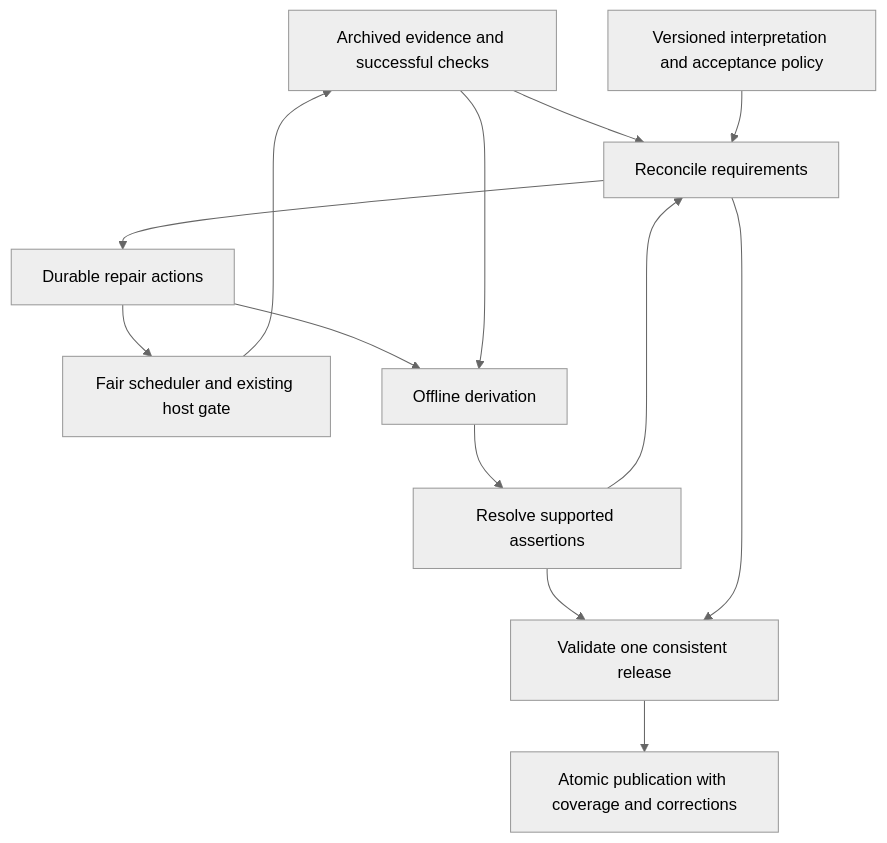
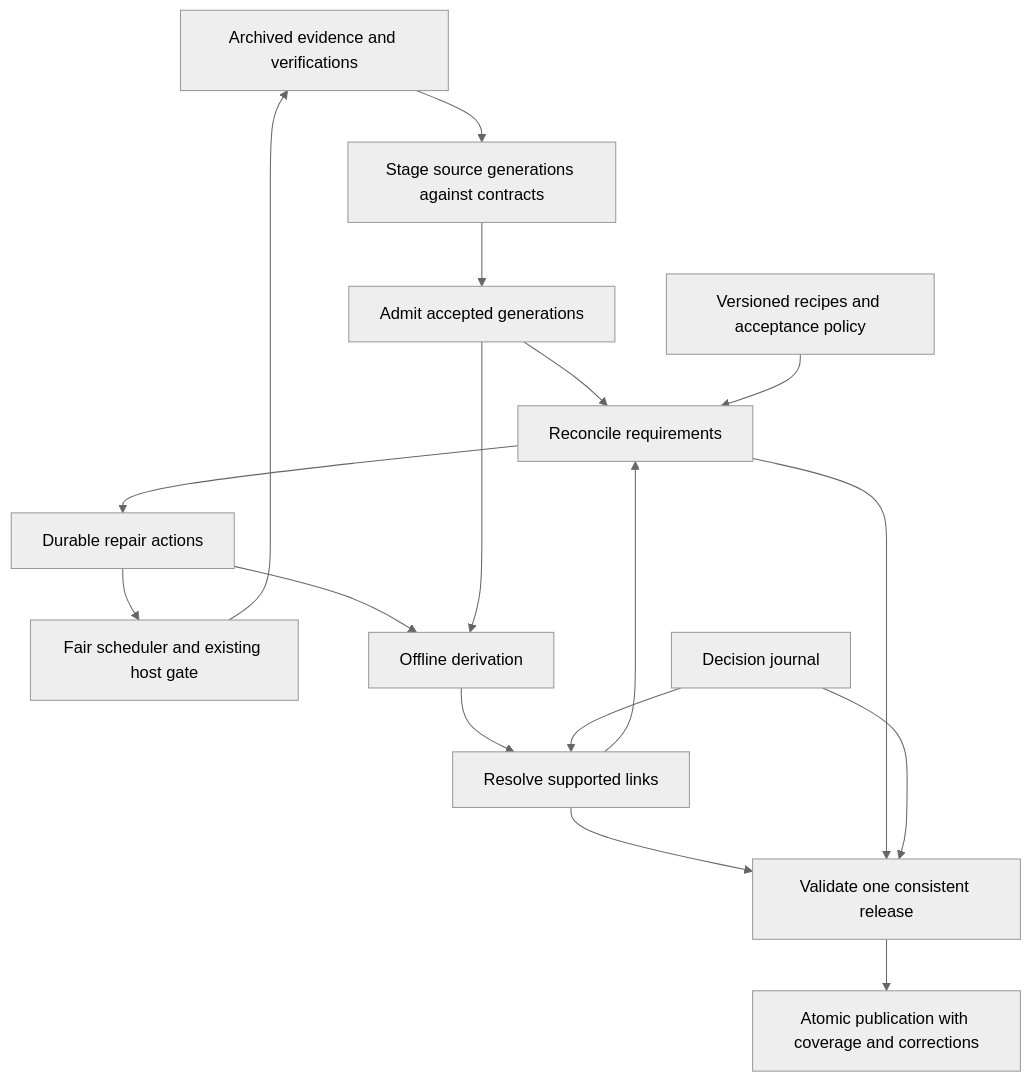
The diagram in design/self-healing.md (skeswa/swingset), drawn with Mermaid (neutral theme) before and after one commit. The commit also changed other lines of this file and 78 other files, not shown here.

````diff
--- a/design/self-healing.md
+++ b/design/self-healing.md
@@ -46,15 +84,19 @@
 ```mermaid
 flowchart TD
-    E[Archived evidence and successful checks] --> R[Reconcile requirements]
-    P[Versioned interpretation and acceptance policy] --> R
+    E[Archived evidence and verifications] --> S[Stage source generations against contracts]
+    S --> M[Admit accepted generations]
+    M --> R[Reconcile requirements]
+    P[Versioned recipes and acceptance policy] --> R
     R --> W[Durable repair actions]
     W --> F[Fair scheduler and existing host gate]
     F --> E
     W --> D[Offline derivation]
-    E --> D
-    D --> A[Resolve supported assertions]
+    M --> D
+    D --> A[Resolve supported links]
+    J[Decision journal] --> A
     A --> R
     A --> V[Validate one consistent release]
     R --> V
+    J --> V
     V --> H[Atomic publication with coverage and corrections]
 ```
````
